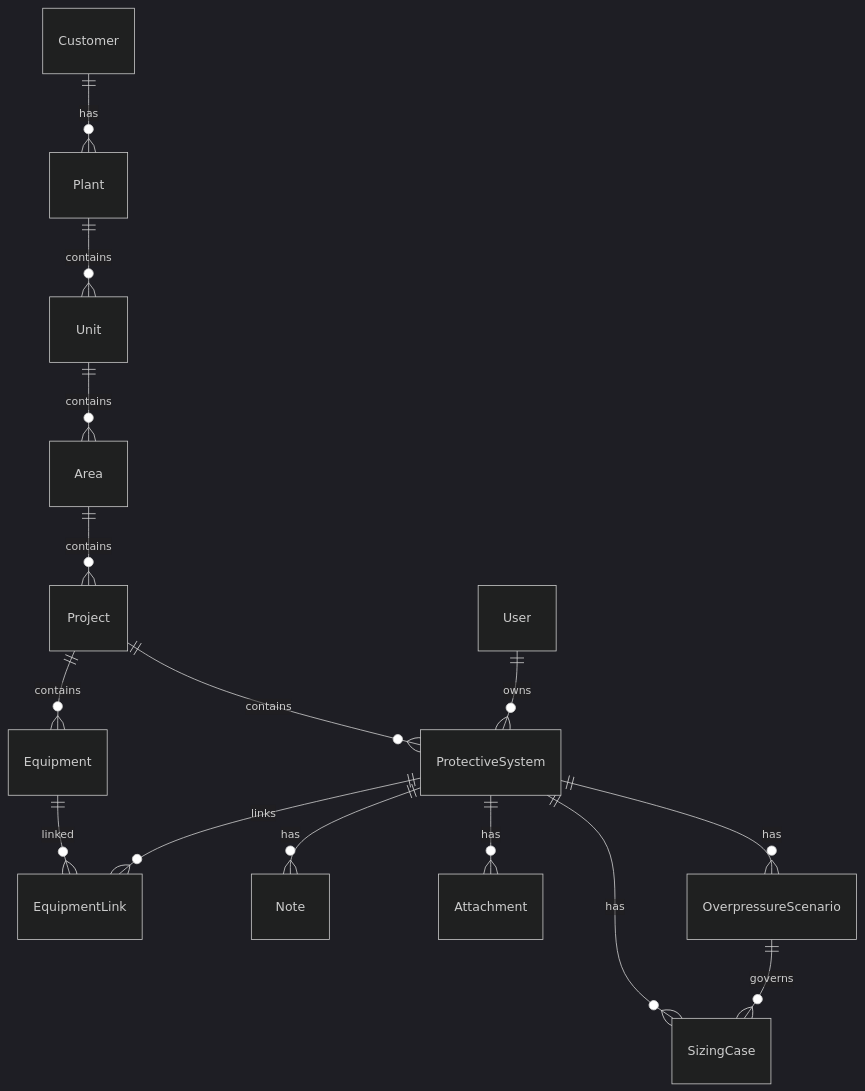
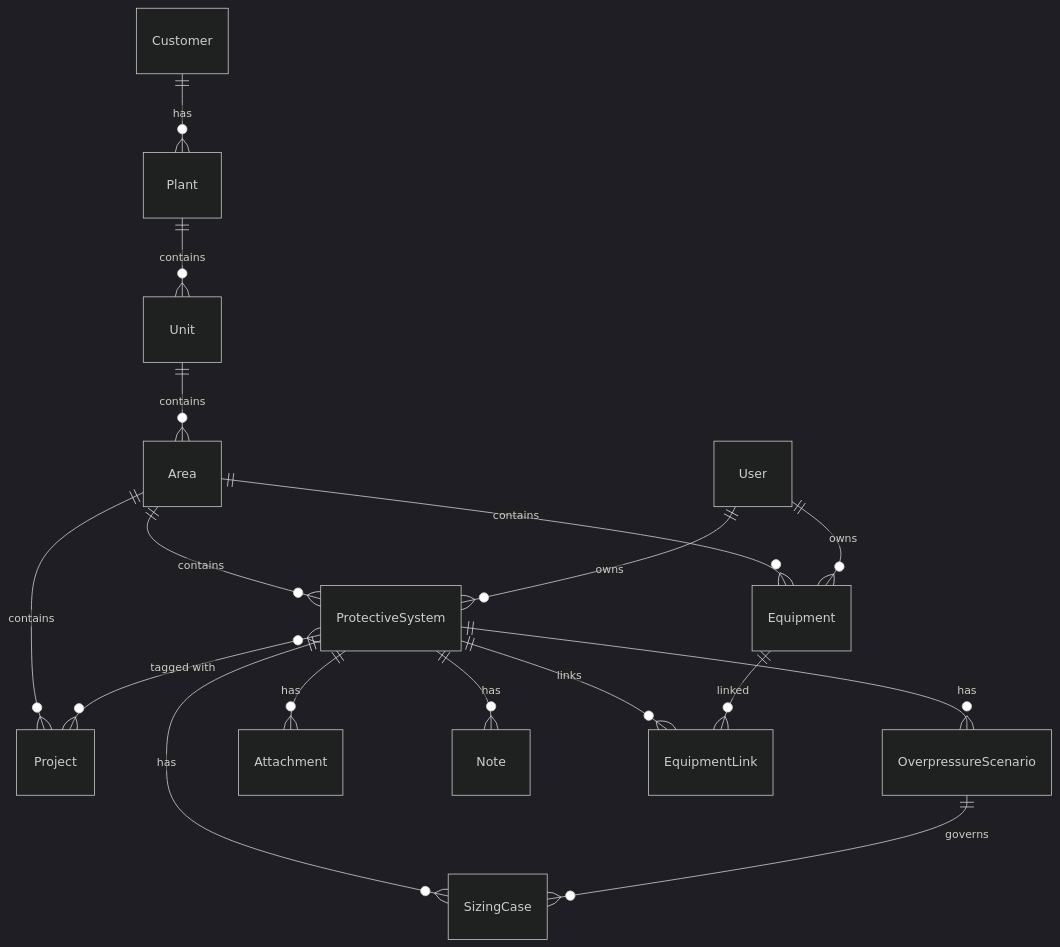
The diagram in apps/psv/docs/DATABASE_SCHEMA.md (may3rd/process-engineering-suite), drawn with Mermaid (dark theme) before and after one commit. The commit also changed other lines of this file and 3 other files, not shown here.

First line of the commit message:
feat: update type system for area-based PSV/Equipment hierarchy

````diff
--- a/apps/psv/docs/DATABASE_SCHEMA.md
+++ b/apps/psv/docs/DATABASE_SCHEMA.md
@@ -7,19 +7,21 @@
 ```mermaid
 erDiagram
     Customer ||--o{ Plant : has
     Plant ||--o{ Unit : contains
     Unit ||--o{ Area : contains
     Area ||--o{ Project : contains
-    Project ||--o{ ProtectiveSystem : contains
-    Project ||--o{ Equipment : contains
+    Area ||--o{ ProtectiveSystem : contains
+    Area ||--o{ Equipment : contains
     
     ProtectiveSystem ||--o{ OverpressureScenario : has
     ProtectiveSystem ||--o{ SizingCase : has
     ProtectiveSystem ||--o{ Attachment : has
     ProtectiveSystem ||--o{ Note : has
     ProtectiveSystem ||--o{ EquipmentLink : links
+    ProtectiveSystem }o--o{ Project : "tagged with"
     
     OverpressureScenario ||--o{ SizingCase : governs
     Equipment ||--o{ EquipmentLink : linked
     User ||--o{ ProtectiveSystem : owns
+    User ||--o{ Equipment : owns
 ```
````
